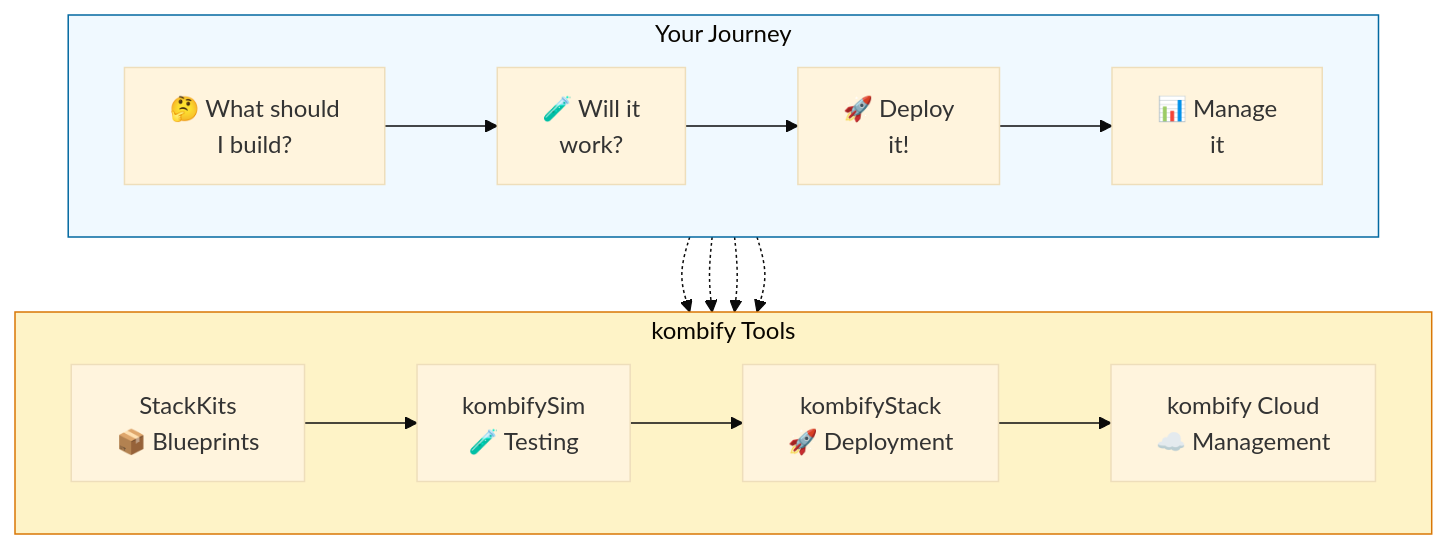
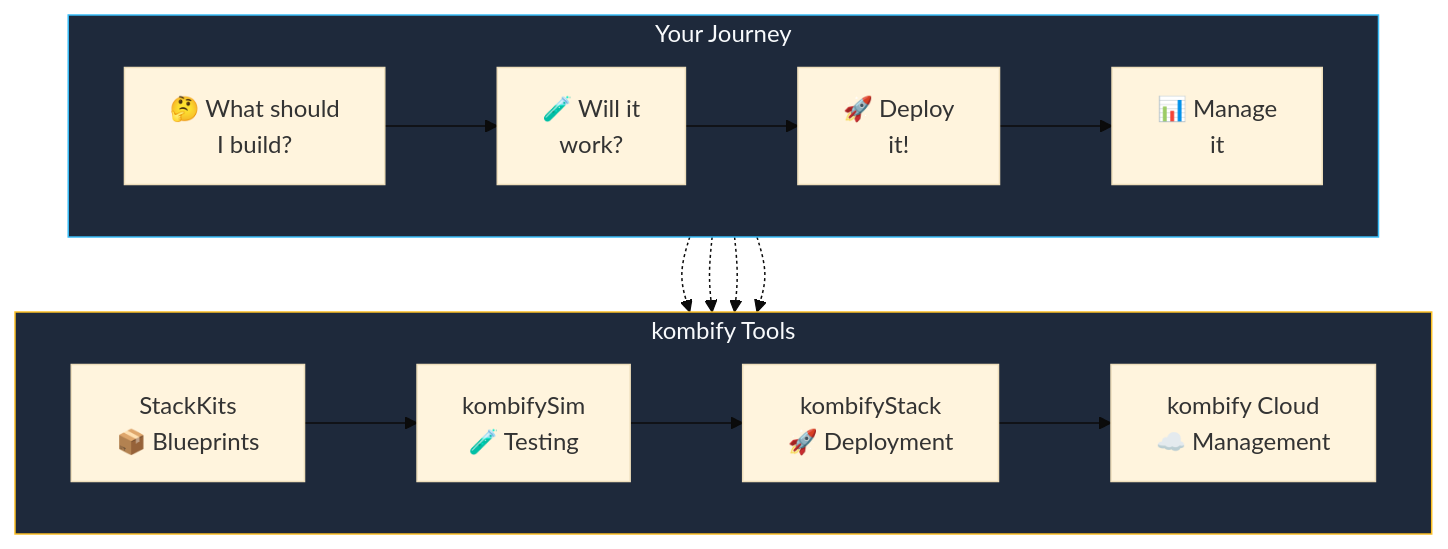
The first of 8 diagrams in ecosystem.mdx (KombiverseLabs/docs), drawn with Mermaid (base theme) before and after one commit. The commit also changed other lines of this file and 33 other files, not shown here.

````diff
--- a/ecosystem.mdx
+++ b/ecosystem.mdx
@@ -13,30 +13,30 @@
 ```mermaid
 graph TB
     subgraph User["Your Journey"]
         direction LR
         Q1["🤔 What should<br/>I build?"]
         Q2["🧪 Will it<br/>work?"]
         Q3["🚀 Deploy<br/>it!"]
         Q4["📊 Manage<br/>it"]
         
         Q1 --> Q2 --> Q3 --> Q4
     end
     
     subgraph Tools["kombify Tools"]
         direction LR
         SK["StackKits<br/>📦 Blueprints"]
         Sim["kombifySim<br/>🧪 Testing"]
         Stack["kombifyStack<br/>🚀 Deployment"]
         Platform["kombify Cloud<br/>☁️ Management"]
         
         SK --> Sim --> Stack --> Platform
     end
     
     Q1 -.-> SK
     Q2 -.-> Sim
     Q3 -.-> Stack
     Q4 -.-> Platform
     
-    style User fill:#f0f9ff,stroke:#0369a1
-    style Tools fill:#fef3c7,stroke:#d97706
+    style User fill:#1e293b,stroke:#38bdf8,color:#f8fafc
+    style Tools fill:#1e293b,stroke:#fbbf24,color:#f8fafc
 ```
````
